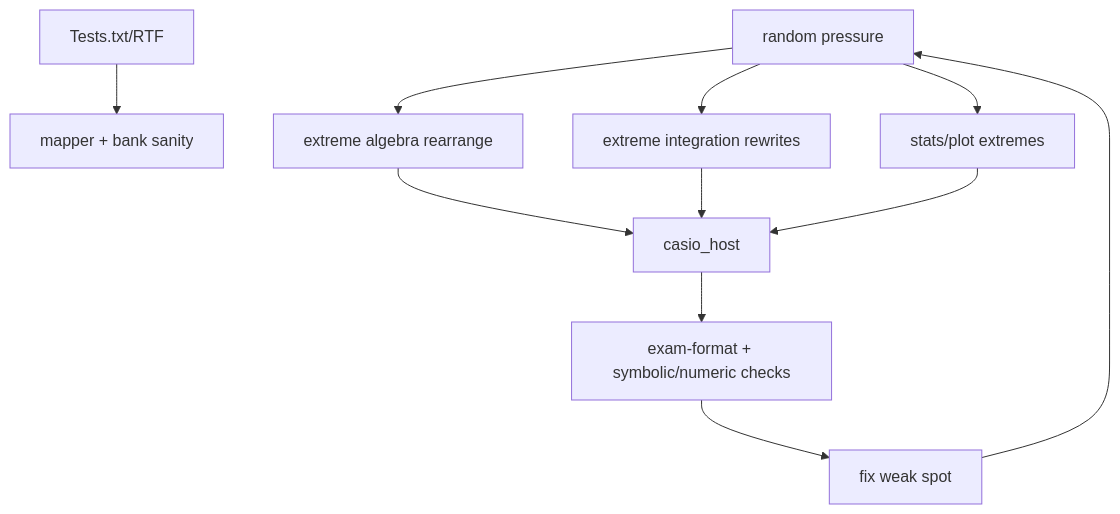
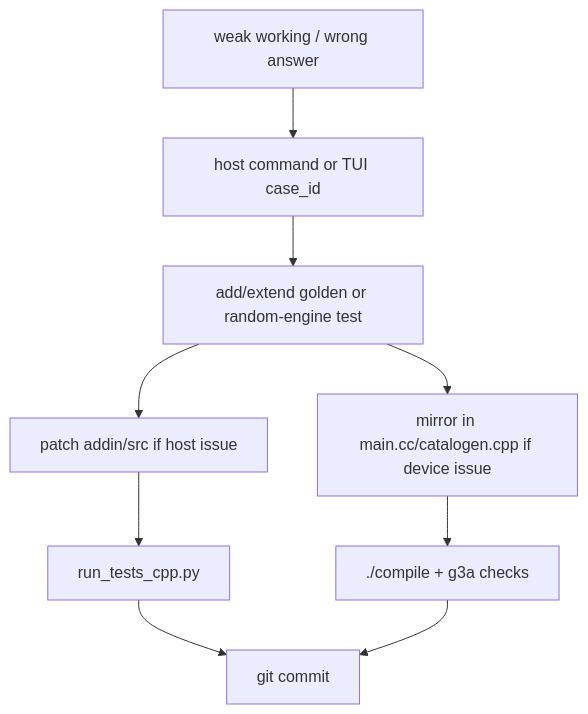
One commit to james8464/notes-addin-casio-fx-cg50 changed the eighth of 8 diagrams in c++/GRAPH.md. Above: the diagram before and after it, drawn with Mermaid. The commit also changed other lines of this file, not shown here.

Commit message:
Rebuild compact project graph

````diff
--- a/c++/GRAPH.md
+++ b/c++/GRAPH.md
@@ -166,13 +182,11 @@
 ```mermaid
 graph TD
-  RT["Tests.txt/RTF"] --> Map["mapper + bank sanity"]
-  Rand["random pressure"] --> Alg["extreme algebra rearrange"]
-  Rand --> Int["extreme integration rewrites"]
-  Rand --> Stats["stats/plot extremes"]
-  Alg --> Host["casio_host"]
-  Int --> Host
-  Stats --> Host
-  Host --> Gate["exam-format + symbolic/numeric checks"]
-  Gate --> Fix["fix weak spot"]
-  Fix --> Rand
+  Bug["weak working / wrong answer"] --> Repro["host command or TUI case_id"]
+  Repro --> Test["add/extend golden or random-engine test"]
+  Test --> PatchHost["patch addin/src if host issue"]
+  Test --> PatchCalc["mirror in main.cc/catalogen.cpp if device issue"]
+  PatchHost --> Gate["run_tests_cpp.py"]
+  PatchCalc --> Compile["./compile + g3a checks"]
+  Gate --> Commit["git commit"]
+  Compile --> Commit
 ```
````
